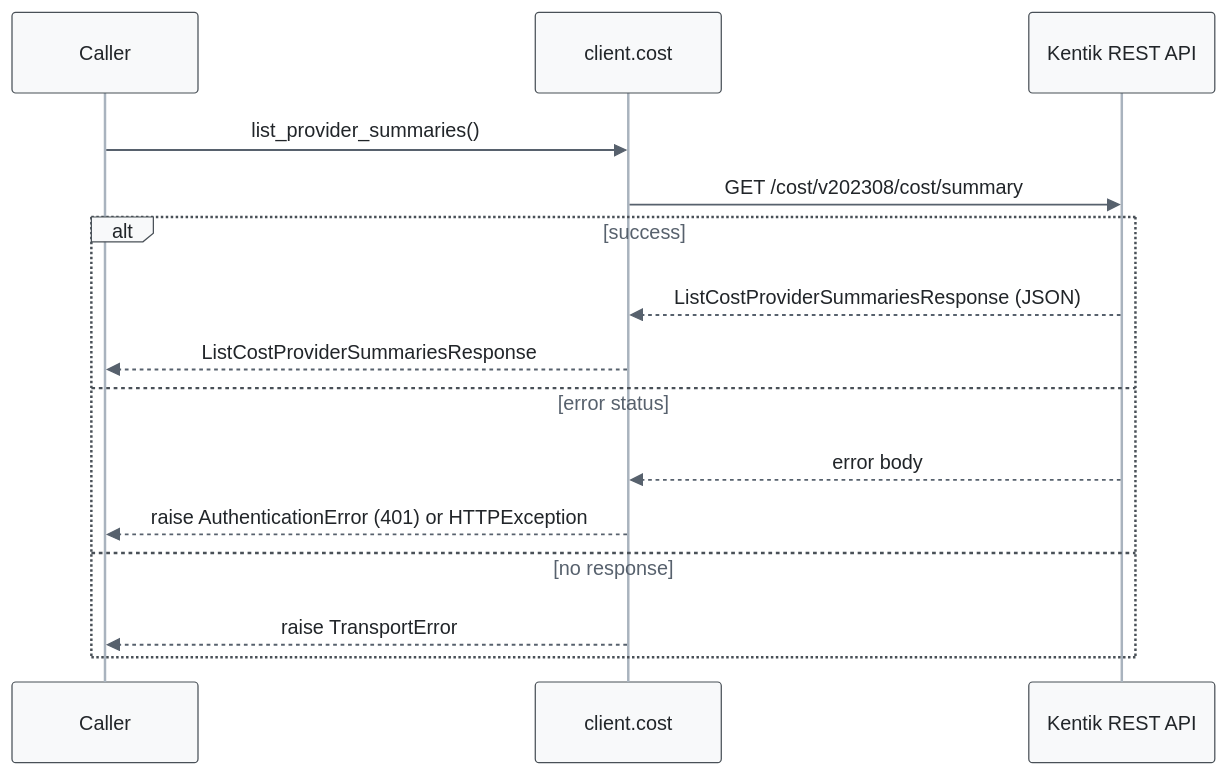
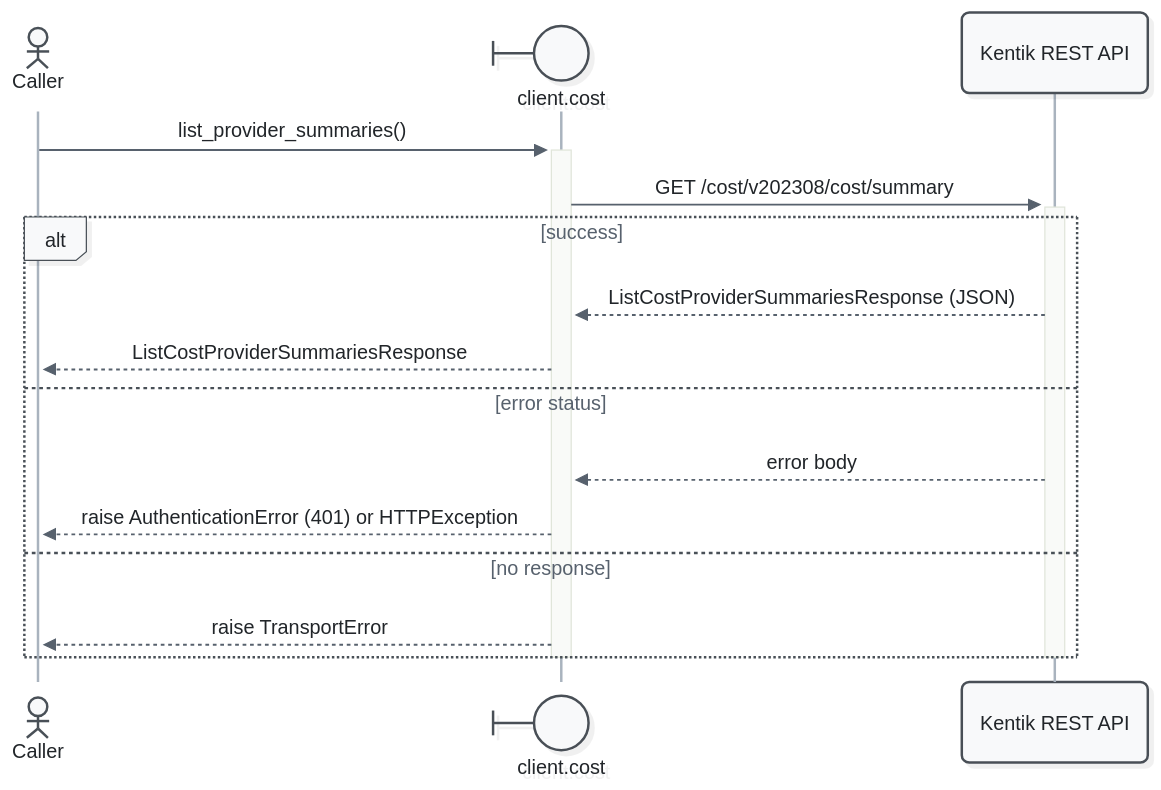
Before and after one commit to alexdearaujo/community_sdk_python: the third of 7 diagrams in docs/sphinx/services/cost.md, drawn with Mermaid. The commit also changed other lines of this file and 52 other files, not shown here.

First line of the commit message:
docs: Mermaid 12 sequence diagrams with participant types and path colors

````diff
--- a/docs/sphinx/services/cost.md
+++ b/docs/sphinx/services/cost.md
@@ -103,19 +108,21 @@
 ```mermaid
-%%{init: {"theme": "base", "fontFamily": "ui-monospace, SFMono-Regular, Menlo, monospace", "themeVariables": {"fontFamily": "ui-monospace, SFMono-Regular, Menlo, monospace", "primaryColor": "#f8f9fa", "primaryBorderColor": "#495057", "primaryTextColor": "#212529", "textColor": "#212529", "lineColor": "#77818c", "edgeLabelBackground": "#ffffff", "actorBkg": "#f8f9fa", "actorBorder": "#495057", "actorTextColor": "#212529", "actorLineColor": "#a9b3be", "signalColor": "#57616d", "signalTextColor": "#212529", "labelBoxBkgColor": "#f8f9fa", "labelBoxBorderColor": "#495057", "labelTextColor": "#212529", "loopTextColor": "#57616d", "noteBkgColor": "#fff9db", "noteBorderColor": "#f08c00", "noteTextColor": "#a35a00"}, "flowchart": {"curve": "step", "nodeSpacing": 30, "rankSpacing": 70, "wrappingWidth": 400}}}%%
+%%{init: {"theme": "redux", "look": "neo", "layout": "dagre", "fontFamily": "ui-monospace, SFMono-Regular, Menlo, monospace", "themeVariables": {"fontFamily": "ui-monospace, SFMono-Regular, Menlo, monospace", "primaryColor": "#f8f9fa", "primaryBorderColor": "#495057", "primaryTextColor": "#212529", "textColor": "#212529", "lineColor": "#77818c", "edgeLabelBackground": "#ffffff", "actorBkg": "#f8f9fa", "actorBorder": "#495057", "actorTextColor": "#212529", "actorLineColor": "#a9b3be", "signalColor": "#57616d", "signalTextColor": "#212529", "labelBoxBkgColor": "#f8f9fa", "labelBoxBorderColor": "#495057", "labelTextColor": "#212529", "loopTextColor": "#57616d", "noteBkgColor": "#fff9db", "noteBorderColor": "#f08c00", "noteTextColor": "#a35a00"}, "sequence": {"activationWidth": 16}, "flowchart": {"curve": "step", "nodeSpacing": 30, "rankSpacing": 70, "wrappingWidth": 400}}}%%
 sequenceDiagram
-    participant C as Caller
-    participant W as client.cost
+    actor C as Caller
+    participant W@{ "type": "boundary" } as client.cost
     participant API as Kentik REST API
 
-    C->>W: list_provider_summaries()
-    W->>API: GET /cost/v202308/cost/summary
+    C->>+W: list_provider_summaries()
+    W->>+API: GET /cost/v202308/cost/summary
     alt success
         API-->>W: ListCostProviderSummariesResponse (JSON)
         W-->>C: ListCostProviderSummariesResponse
     else error status
         API-->>W: error body
         W-->>C: raise AuthenticationError (401) or HTTPException
     else no response
         W-->>C: raise TransportError
     end
+    deactivate API
+    deactivate W
 ```
````
